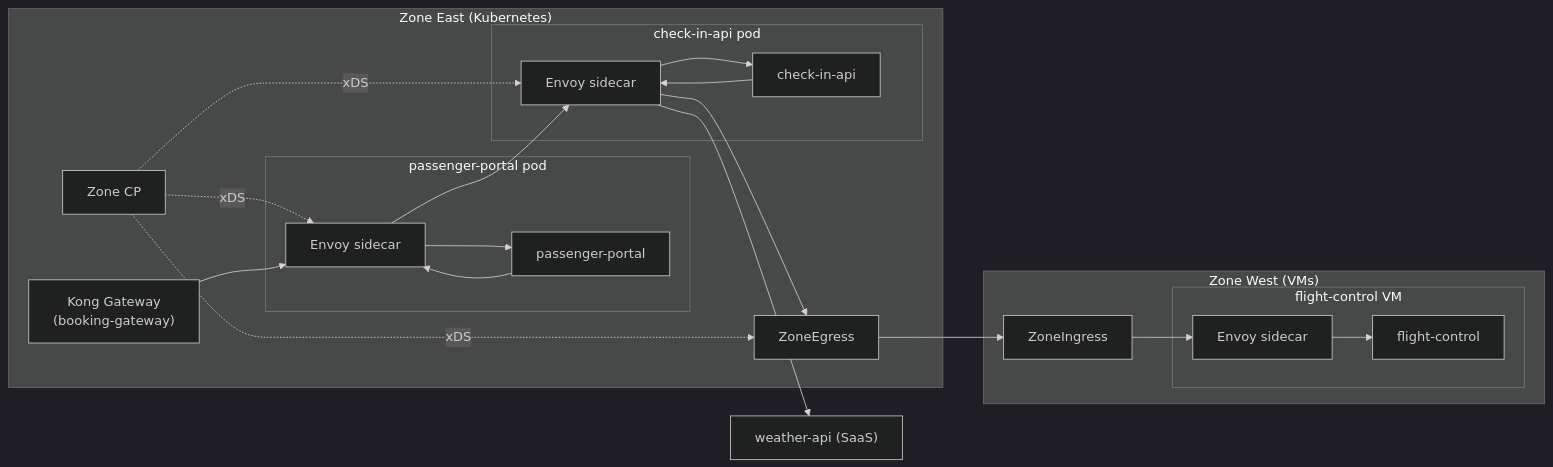
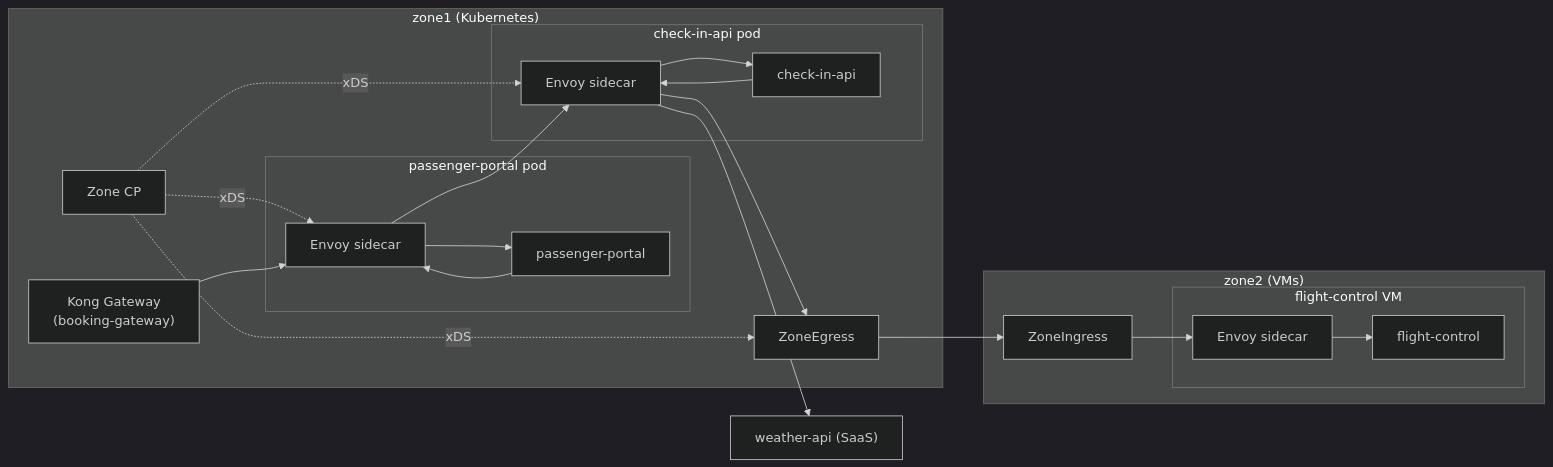
Before and after one commit to Kong/developer.konghq.com: the second of 2 diagrams in app/mesh/scenarios/architecture-overview.md, drawn with Mermaid (dark theme). The commit also changed other lines of this file and 24 other files, not shown here.

```diff
--- a/app/mesh/scenarios/architecture-overview.md
+++ b/app/mesh/scenarios/architecture-overview.md
@@ -121,40 +131,40 @@
 {% mermaid %}
 flowchart LR
-    subgraph ZoneEast["Zone East (Kubernetes)"]
+    subgraph ZoneEast["zone1 (Kubernetes)"]
         ZECP["Zone CP"]
         KG["Kong Gateway<br/>(booking-gateway)"]
         subgraph PPSvc["passenger-portal pod"]
             PP_App["passenger-portal"]
             PP_Envoy["Envoy sidecar"]
         end
         subgraph CISvc["check-in-api pod"]
             CI_App["check-in-api"]
             CI_Envoy["Envoy sidecar"]
         end
         ZE_East["ZoneEgress"]
     end
-    subgraph ZoneWest["Zone West (VMs)"]
+    subgraph ZoneWest["zone2 (VMs)"]
         ZI_West["ZoneIngress"]
         subgraph FCSvc["flight-control VM"]
             FC_App["flight-control"]
             FC_Envoy["Envoy sidecar"]
         end
     end
     EXT["weather-api (SaaS)"]
 
     ZECP -.->|xDS| PP_Envoy
     ZECP -.->|xDS| CI_Envoy
     ZECP -.->|xDS| ZE_East
 
     KG --> PP_Envoy
     PP_Envoy --> PP_App
     PP_App --> PP_Envoy
     PP_Envoy --> CI_Envoy
     CI_Envoy --> CI_App
     CI_App --> CI_Envoy
     CI_Envoy --> ZE_East
     ZE_East --> ZI_West
     ZI_West --> FC_Envoy
     FC_Envoy --> FC_App
     CI_Envoy --> EXT
 {% endmermaid %}
```
